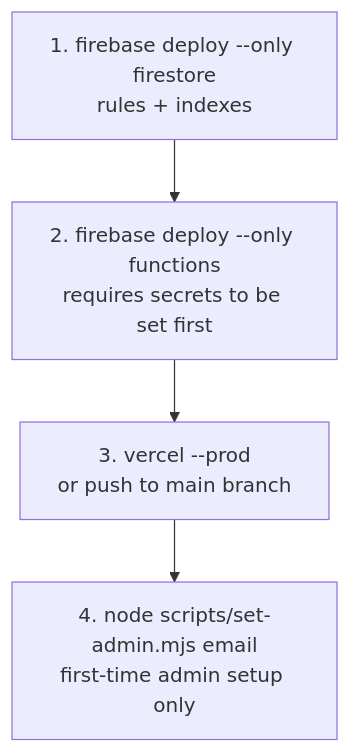
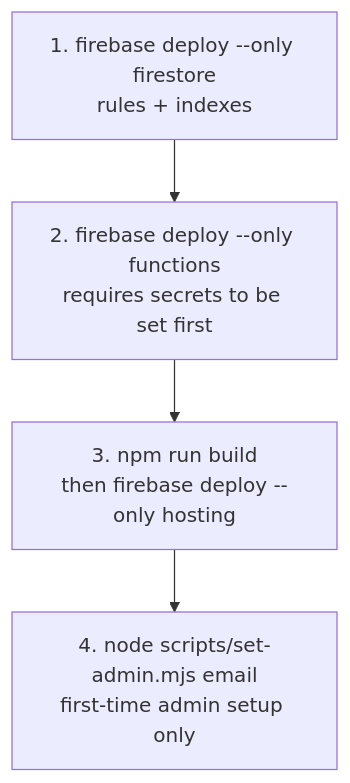
The first of 2 diagrams in docs/DEPLOYMENT.md (Oweeboi011/mms-open-climbs), drawn with Mermaid before and after one commit. The commit also changed other lines of this file and 8 other files, not shown here.

````diff
--- a/docs/DEPLOYMENT.md
+++ b/docs/DEPLOYMENT.md
@@ -115,6 +125,6 @@
 ```mermaid
 flowchart TD
     A["1. firebase deploy --only firestore\nrules + indexes"] --> B["2. firebase deploy --only functions\nrequires secrets to be set first"]
-    B --> C["3. vercel --prod\nor push to main branch"]
+    B --> C["3. npm run build\nthen firebase deploy --only hosting"]
     C --> D["4. node scripts/set-admin.mjs email\nfirst-time admin setup only"]
 ```
````
